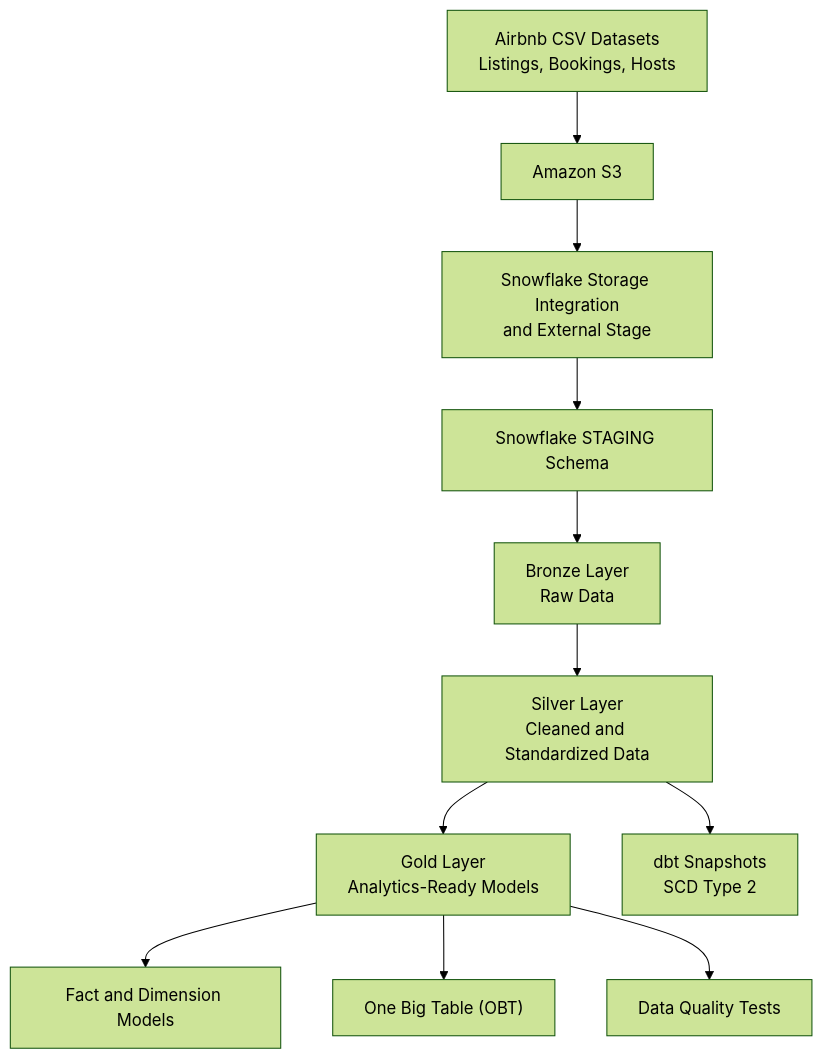
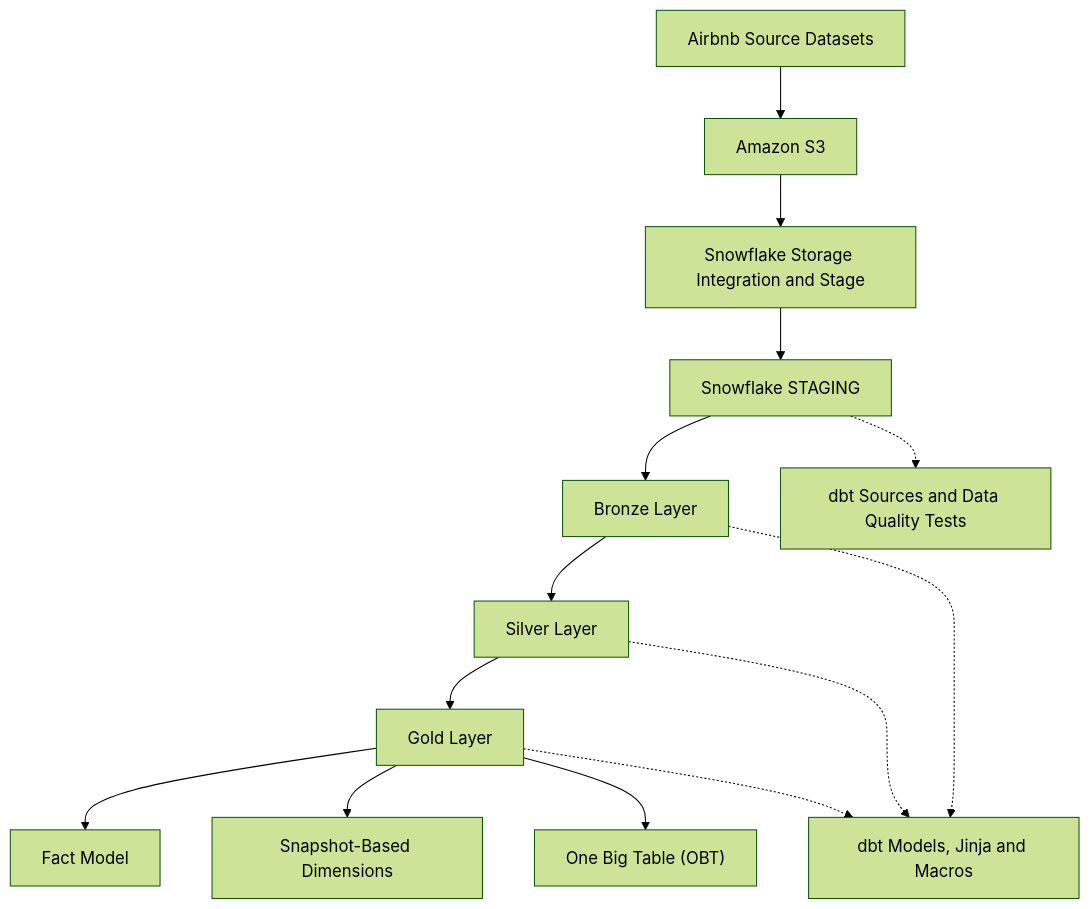
One commit to MMAR4/Airbnb-Snowflake-DBT-Data-Engineering changed the diagram in README.md. Above: the diagram before and after it, drawn with Mermaid (forest theme). The commit also changed other lines of this file, not shown here.

````diff
--- a/README.md
+++ b/README.md
@@ -21,25 +34,16 @@
 ```mermaid
 flowchart TD
-    A["Airbnb CSV Datasets<br/>Listings, Bookings, Hosts"]
-    B["Amazon S3"]
-    C["Snowflake Storage Integration<br/>and External Stage"]
-    D["Snowflake STAGING Schema"]
-    E["Bronze Layer<br/>Raw Data"]
-    F["Silver Layer<br/>Cleaned and Standardized Data"]
-    G["Gold Layer<br/>Analytics-Ready Models"]
-    H["Fact and Dimension Models"]
-    I["One Big Table (OBT)"]
-    J["dbt Snapshots<br/>SCD Type 2"]
-    K["Data Quality Tests"]
-
-    A --> B
-    B --> C
-    C --> D
-    D --> E
-    E --> F
-    F --> G
-    G --> H
-    G --> I
-    F --> J
-    G --> K
+    A["Airbnb Source Datasets"] --> B["Amazon S3"]
+    B --> C["Snowflake Storage Integration and Stage"]
+    C --> D["Snowflake STAGING"]
+    D --> E["Bronze Layer"]
+    E --> F["Silver Layer"]
+    F --> G["Gold Layer"]
+    G --> H["Fact Model"]
+    G --> I["Snapshot-Based Dimensions"]
+    G --> J["One Big Table (OBT)"]
+    D -.-> K["dbt Sources and Data Quality Tests"]
+    E -.-> L["dbt Models, Jinja and Macros"]
+    F -.-> L
+    G -.-> L
 ```
````
